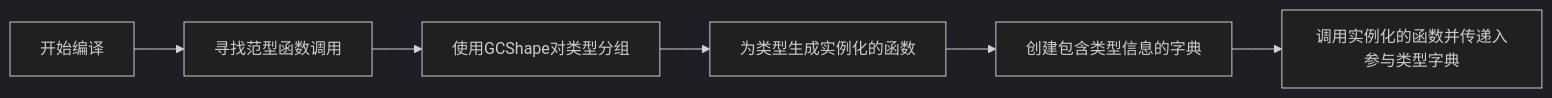
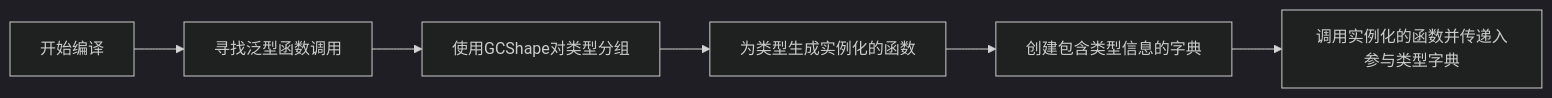
Before and after one commit to bmpi-dev/bmpi.dev: the fifth of 5 diagrams in content/dev/deep-in-program-language/how-to-implement-generics/index.zh-cn.md, drawn with Mermaid (dark theme). The commit also changed other lines of this file, not shown here.

````diff
--- a/content/dev/deep-in-program-language/how-to-implement-generics/index.zh-cn.md
+++ b/content/dev/deep-in-program-language/how-to-implement-generics/index.zh-cn.md
@@ -384,4 +384,4 @@
 ```mermaid
 flowchart LR
-  开始编译 --> 寻找范型函数调用 --> 使用GCShape对类型分组 --> 为类型生成实例化的函数 --> 创建包含类型信息的字典 --> 调用实例化的函数并传递入参与类型字典
+  开始编译 --> 寻找泛型函数调用 --> 使用GCShape对类型分组 --> 为类型生成实例化的函数 --> 创建包含类型信息的字典 --> 调用实例化的函数并传递入参与类型字典
 ```
````
